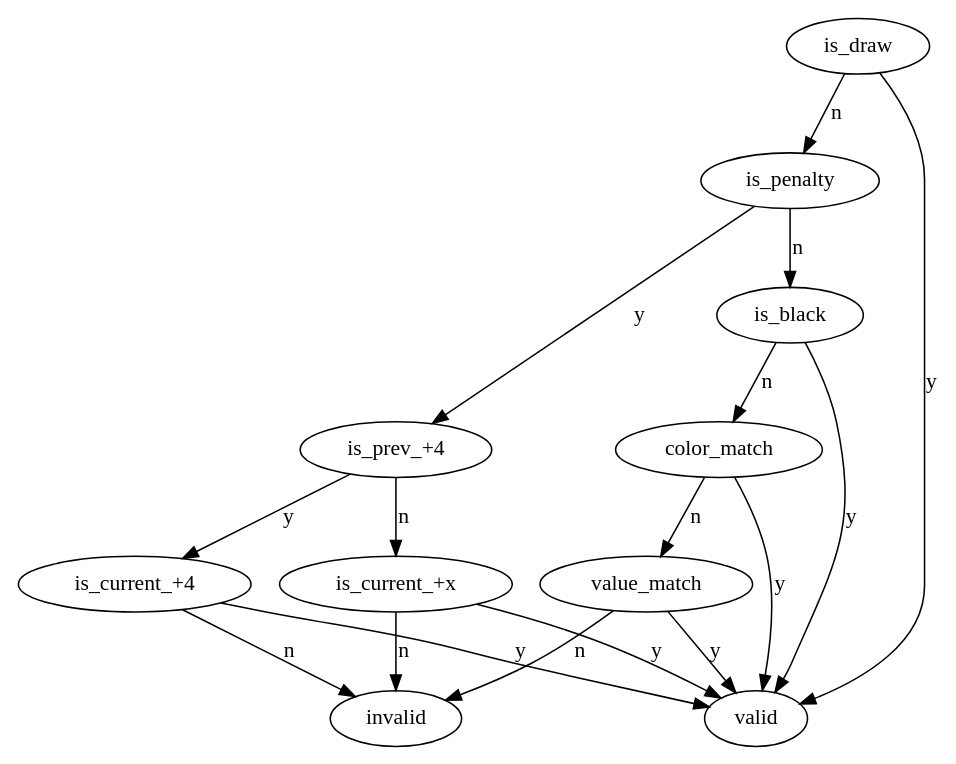
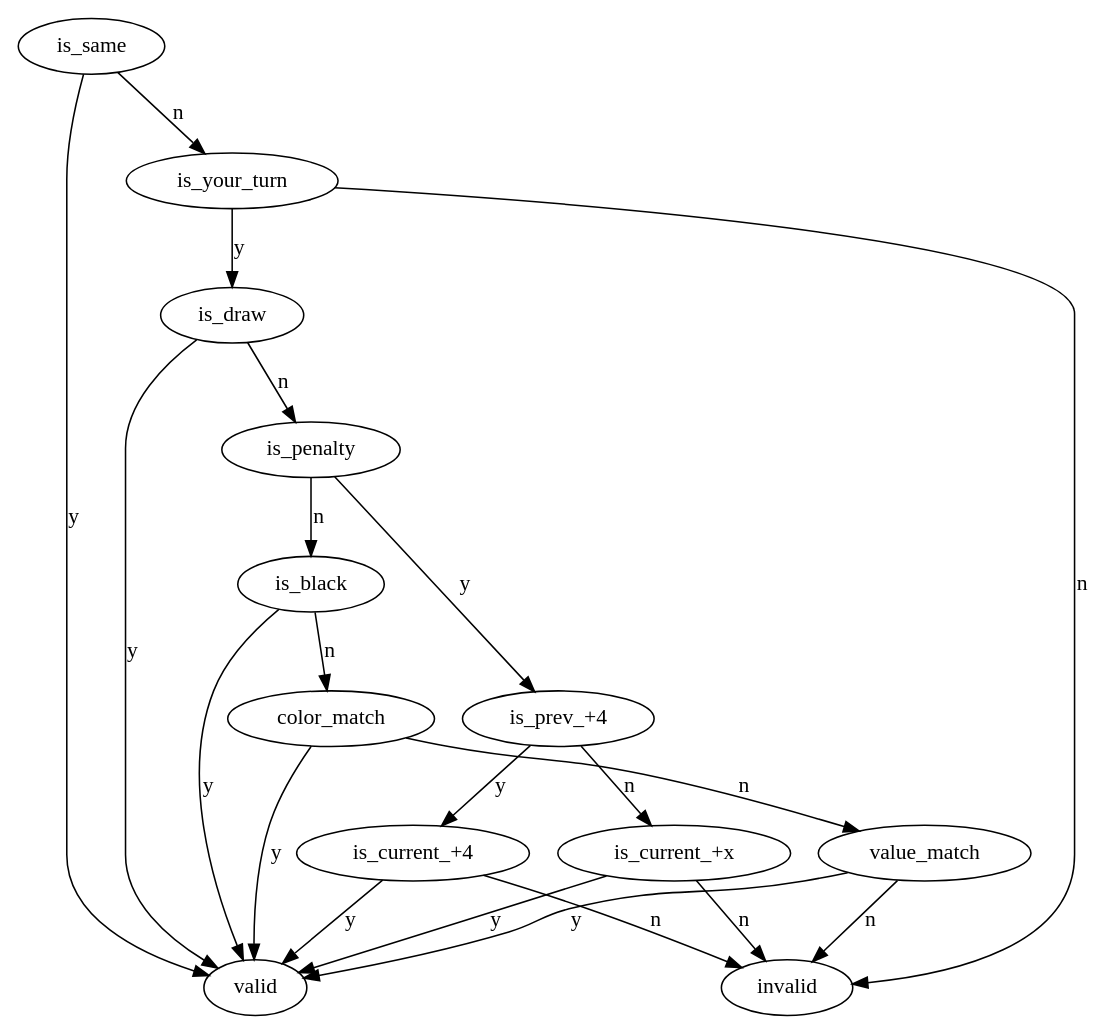
One commit to erenon/casino changed the diagram in docs/is_valid_card.dot. Above: the diagram before and after it, drawn with Graphviz. The commit also changed 1 other file, not shown here.

Commit message:
is_valid_card graph updated, fixes #6

```diff
--- a/docs/is_valid_card.dot
+++ b/docs/is_valid_card.dot
@@ -1,19 +1,22 @@
 digraph G {
-    is_draw;
+    is_same -> valid [label="y"];
+    is_same -> is_your_turn [label="n"];
+    is_your_turn -> invalid [label="n"];
+    is_your_turn -> is_draw [label="y"];
     is_draw -> valid [label="y"];
     is_draw -> is_penalty [label="n"];
     is_penalty -> "is_prev_+4" [label="y"];
     is_penalty -> is_black [label="n"];
     is_black -> valid [label="y"];
     is_black -> color_match [label="n"];
     "is_prev_+4" -> "is_current_+4" [label="y"];
     "is_prev_+4" -> "is_current_+x" [label="n"];
     "is_current_+4" -> valid [label="y"];
     "is_current_+4" -> invalid [label="n"];
     "is_current_+x" -> valid [label="y"];
     "is_current_+x" -> invalid [label="n"];
     color_match -> valid [label="y"];
     color_match -> value_match [label="n"];
     value_match -> valid [label="y"];
     value_match -> invalid [label="n"];
 }
```
